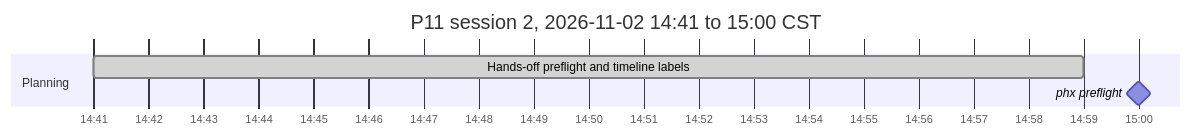
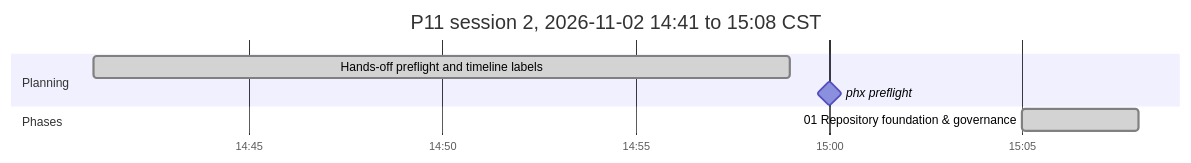
The second of 2 diagrams in P11_IMPLEMENTATION_PLAN.md (antonizick/project1111), drawn with Mermaid before and after one commit. The commit also changed other lines of this file and 1 other file, not shown here.

Commit message:
docs(plan): refresh timeline

````diff
--- a/P11_IMPLEMENTATION_PLAN.md
+++ b/P11_IMPLEMENTATION_PLAN.md
@@ -74,9 +74,11 @@
 ```mermaid
 gantt
-    title P11 session 2, 2026-11-02 14:41 to 15:00 CST
+    title P11 session 2, 2026-11-02 14:41 to 15:08 CST
     dateFormat YYYY-MM-DD HH:mm
     axisFormat %H:%M
     section Planning
     Hands-off preflight and timeline labels :done, plan3, 2026-11-02 14:41, 2026-11-02 14:59
     phx preflight :milestone, pf13ee0d5, 2026-11-02 15:00, 0m
+    section Phases
+    01 Repository foundation & governance :done, p01s2, 2026-11-02 15:05, 2026-11-02 15:08
 ```
````
